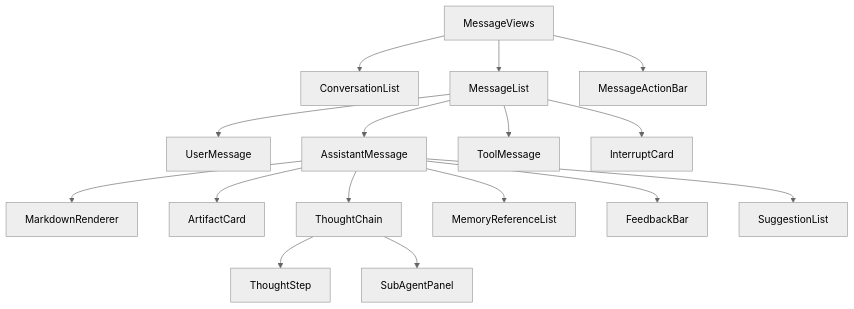
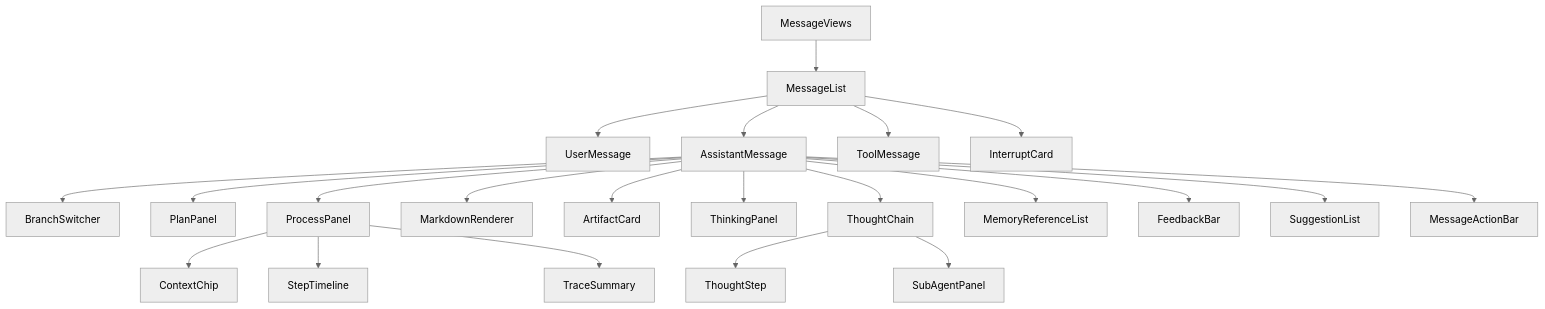
Before and after one commit to earthy-zinc/dehaze-system: the first of 2 diagrams in dehaze-doc/docs/03-模块设计/核心模块/AI对话/页面设计/前端实现-公共.md, drawn with Mermaid (neutral theme). The commit also changed other lines of this file and 2348 other files, not shown here.

````diff
--- a/dehaze-doc/docs/03-模块设计/核心模块/AI对话/页面设计/前端实现-公共.md
+++ b/dehaze-doc/docs/03-模块设计/核心模块/AI对话/页面设计/前端实现-公共.md
@@ -15,18 +15,24 @@
 ```mermaid
 flowchart TD
-    MessageViews --> ConversationList
     MessageViews --> MessageList
-    MessageViews --> MessageActionBar
     MessageList --> UserMessage
     MessageList --> AssistantMessage
     MessageList --> ToolMessage
     MessageList --> InterruptCard
+    AssistantMessage --> BranchSwitcher
+    AssistantMessage --> PlanPanel
+    AssistantMessage --> ProcessPanel
     AssistantMessage --> MarkdownRenderer
     AssistantMessage --> ArtifactCard
+    AssistantMessage --> ThinkingPanel
     AssistantMessage --> ThoughtChain
     AssistantMessage --> MemoryReferenceList
     AssistantMessage --> FeedbackBar
     AssistantMessage --> SuggestionList
+    AssistantMessage --> MessageActionBar
     ThoughtChain --> ThoughtStep
     ThoughtChain --> SubAgentPanel
+    ProcessPanel --> ContextChip
+    ProcessPanel --> StepTimeline
+    ProcessPanel --> TraceSummary
 ```
````
